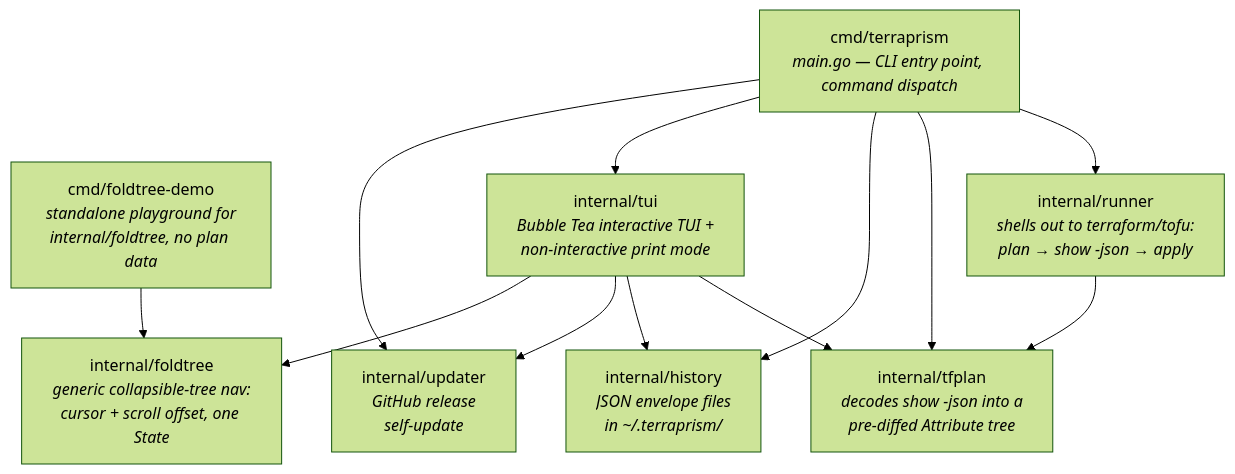
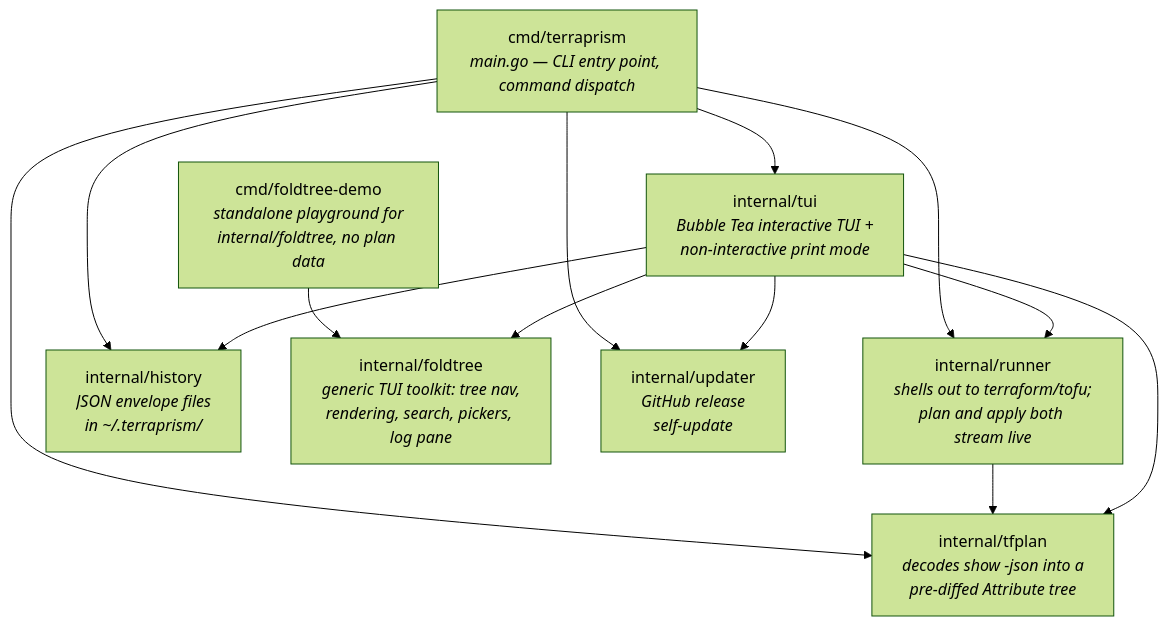
One commit to choovick/terraprism changed the second of 7 diagrams in ARCHITECTURE.md. Above: the diagram before and after it, drawn with Mermaid (forest theme). The commit also changed other lines of this file and 5 other files, not shown here.

First line of the commit message:
feat: give the output pane most of the screen, plus nav/search; refresh docs

````diff
--- a/ARCHITECTURE.md
+++ b/ARCHITECTURE.md
@@ -40,25 +40,26 @@
 ```mermaid
 flowchart TD
     main["cmd/terraprism<br/><i>main.go — CLI entry point, command dispatch</i>"]
     demo["cmd/foldtree-demo<br/><i>standalone playground for<br/>internal/foldtree, no plan data</i>"]
 
-    runner["internal/runner<br/><i>shells out to terraform/tofu:<br/>plan → show -json → apply</i>"]
+    runner["internal/runner<br/><i>shells out to terraform/tofu;<br/>plan and apply both stream live</i>"]
     tfplan["internal/tfplan<br/><i>decodes show -json into a<br/>pre-diffed Attribute tree</i>"]
     history["internal/history<br/><i>JSON envelope files<br/>in ~/.terraprism/</i>"]
     tui["internal/tui<br/><i>Bubble Tea interactive TUI +<br/>non-interactive print mode</i>"]
-    foldtree["internal/foldtree<br/><i>generic collapsible-tree nav:<br/>cursor + scroll offset, one State</i>"]
+    foldtree["internal/foldtree<br/><i>generic TUI toolkit: tree nav,<br/>rendering, search, pickers, log pane</i>"]
     updater["internal/updater<br/><i>GitHub release<br/>self-update</i>"]
 
     main --> runner
     main --> tfplan
     main --> history
     main --> tui
     main --> updater
     demo --> foldtree
 
     runner --> tfplan
     tui --> tfplan
+    tui --> runner
     tui --> history
     tui --> updater
     tui --> foldtree
 ```
````
